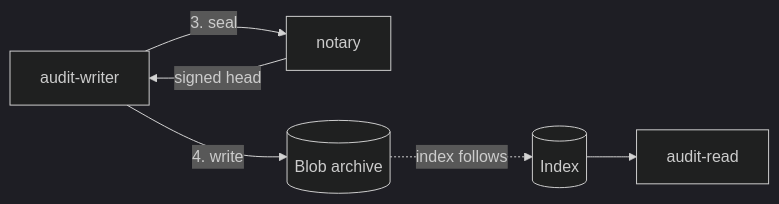
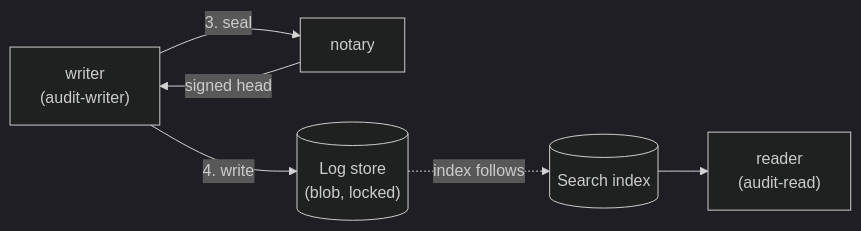
Before and after one commit to truvity/sluis: the second of 2 diagrams in docs/concepts/audit.md, drawn with Mermaid (dark theme). The commit also changed other lines of this file and 63 other files, not shown here.

````diff
--- a/docs/concepts/audit.md
+++ b/docs/concepts/audit.md
@@ -29,8 +49,8 @@
 ```mermaid
 flowchart LR
-  W["audit-writer"] -->|"3. seal"| N["notary"]
+  W["writer<br/>(audit-writer)"] -->|"3. seal"| N["notary"]
   N -->|"signed head"| W
-  W -->|"4. write"| B[("Blob archive")]
-  B -.->|"index follows"| I[("Index")]
-  I --> R["audit-read"]
+  W -->|"4. write"| B[("Log store<br/>(blob, locked)")]
+  B -.->|"index follows"| I[("Search index")]
+  I --> R["reader<br/>(audit-read)"]
 ```
````
